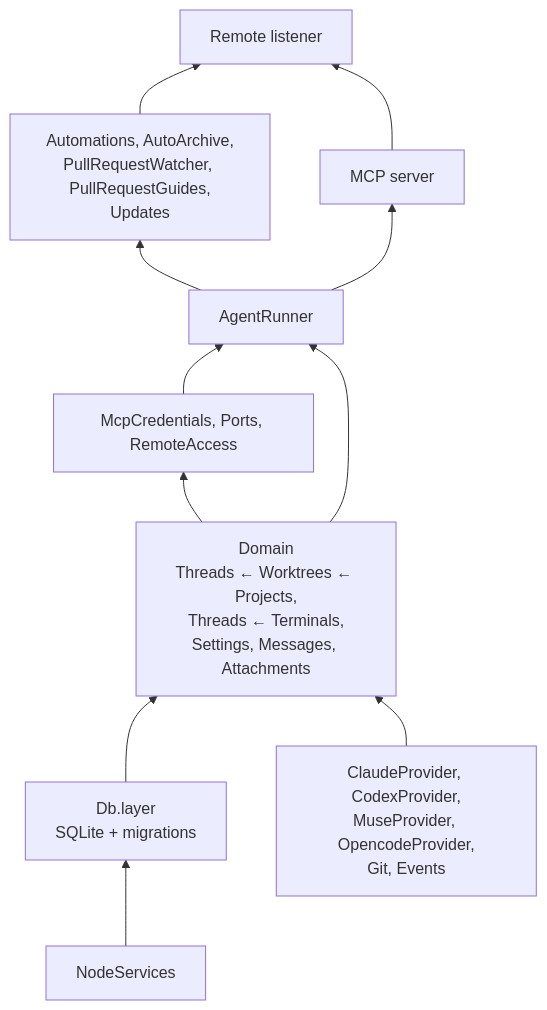
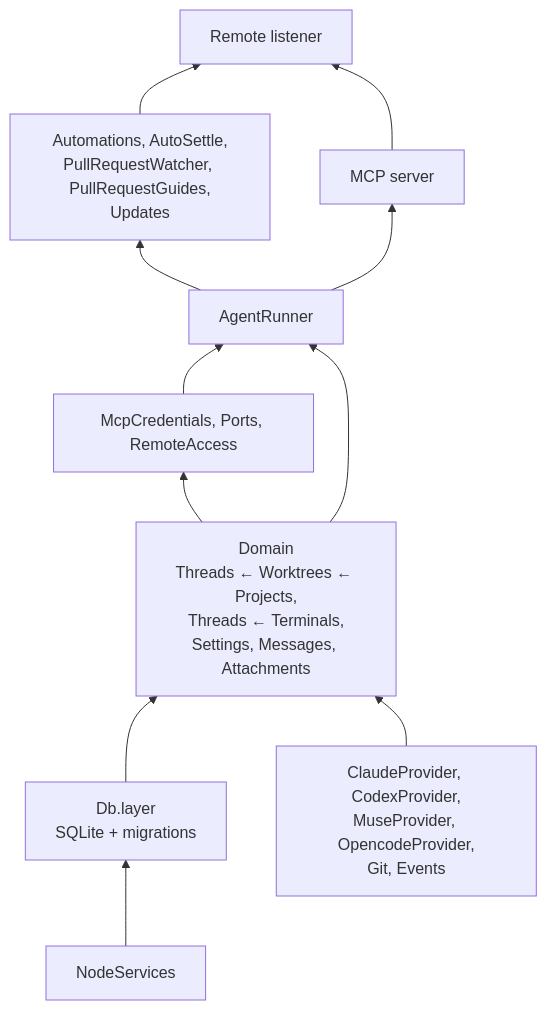
One commit to hinadev-ai/hinacode changed the fourth of 18 diagrams in docs/arch.md. Above: the diagram before and after it, drawn with Mermaid. The commit also changed other lines of this file and 4 other files, not shown here.

````diff
--- a/docs/arch.md
+++ b/docs/arch.md
@@ -122,20 +122,20 @@
 ```mermaid
 flowchart BT
   node["NodeServices"]
   db["Db.layer<br/>SQLite + migrations"]
   infra["ClaudeProvider, CodexProvider,<br/>MuseProvider, OpencodeProvider,<br/>Git, Events"]
   domain["Domain<br/>Threads ← Worktrees ← Projects,<br/>Threads ← Terminals,<br/>Settings, Messages, Attachments"]
   features["McpCredentials, Ports, RemoteAccess"]
   runner["AgentRunner"]
-  autos["Automations, AutoArchive,<br/>PullRequestWatcher, PullRequestGuides,<br/>Updates"]
+  autos["Automations, AutoSettle,<br/>PullRequestWatcher, PullRequestGuides,<br/>Updates"]
   mcp["MCP server"]
   remote["Remote listener"]
 
   node --> db --> domain
   infra --> domain
   domain --> features --> runner
   domain --> runner
   runner --> autos
   runner --> mcp
   autos & mcp --> remote
 ```
````
